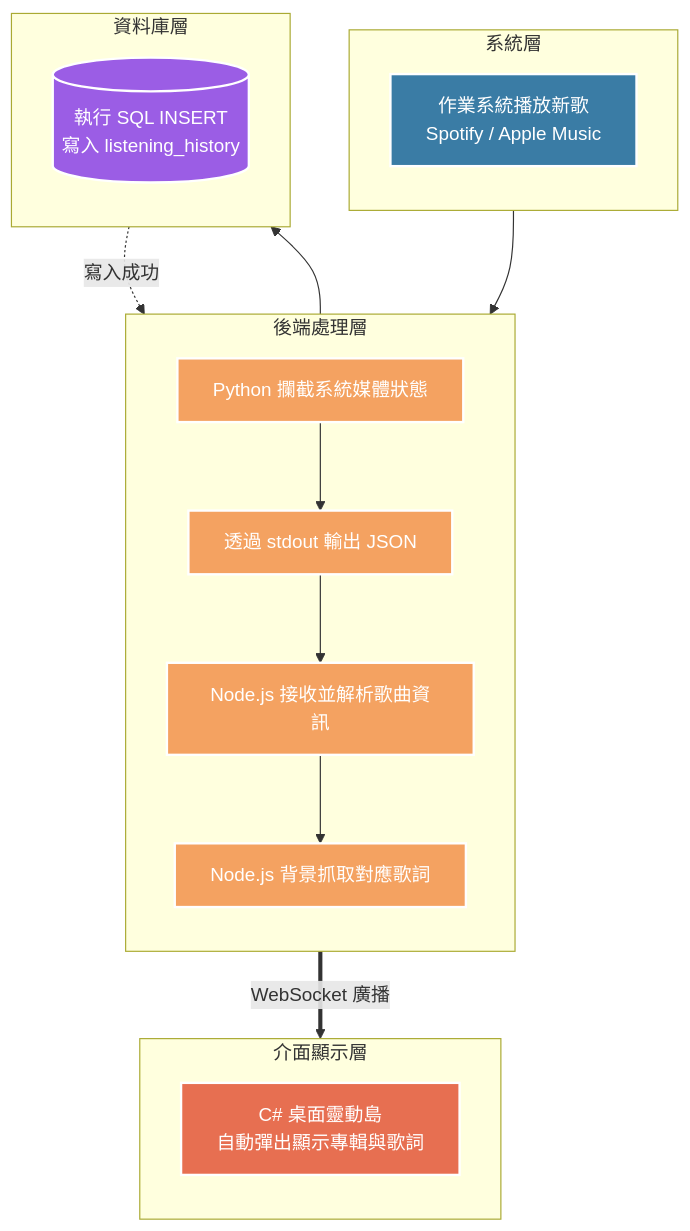
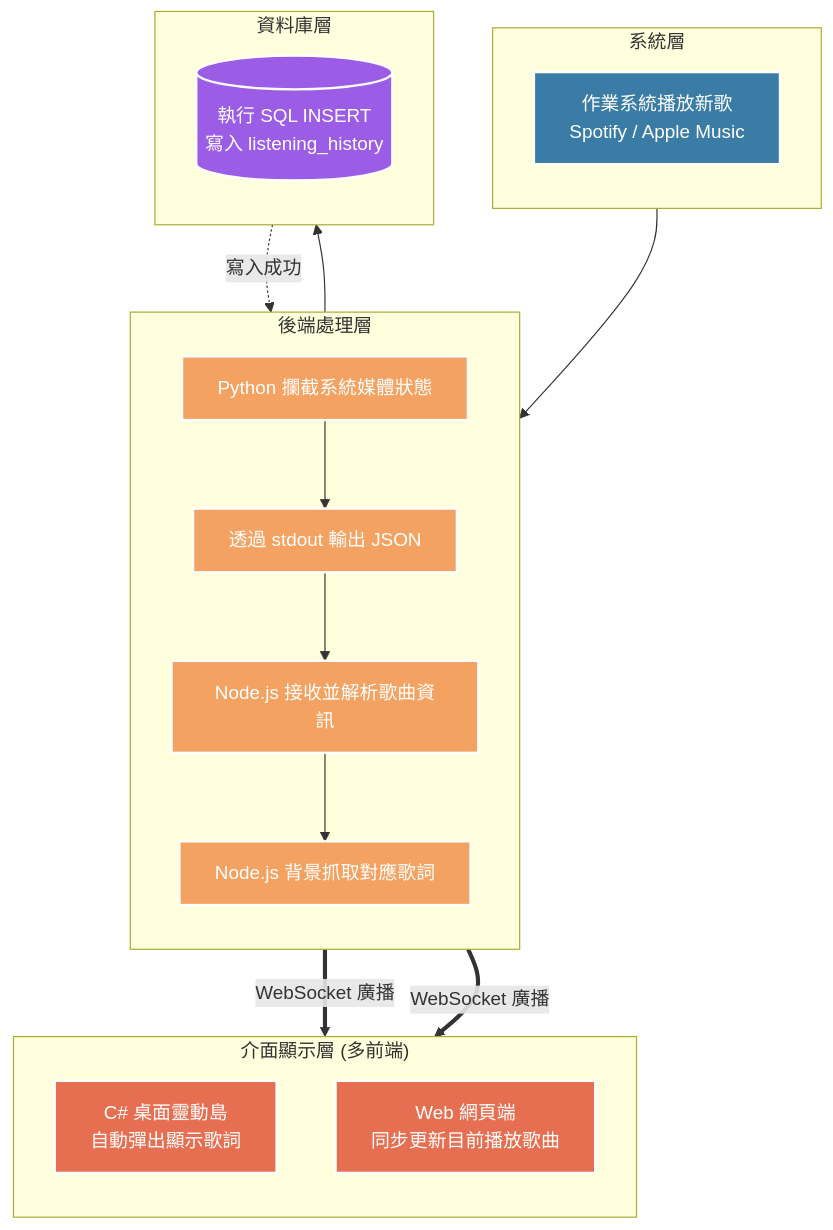
Before and after one commit to bensionfang/Kanaric: the second of 5 diagrams in README.md, drawn with Mermaid. The commit also changed other lines of this file, not shown here.

Commit message:
docs: update flowchart 1 to show multi-frontend broadcast

````diff
--- a/README.md
+++ b/README.md
@@ -61,38 +61,40 @@
 ```mermaid
 flowchart TD
     classDef frontend fill:#3a7ca5,stroke:#fff,stroke-width:2px,color:#fff
     classDef backend fill:#f4a261,stroke:#fff,stroke-width:2px,color:#fff
     classDef database fill:#9b5de5,stroke:#fff,stroke-width:2px,color:#fff
     classDef display fill:#e76f51,stroke:#fff,stroke-width:2px,color:#fff
 
     subgraph OS ["系統層"]
         direction TB
         Start["作業系統播放新歌<br>Spotify / Apple Music"]:::frontend
     end
 
     subgraph Backend ["後端處理層"]
         direction TB
         Py["Python 攔截系統媒體狀態"]:::backend
         PyJSON["透過 stdout 輸出 JSON"]:::backend
         Node["Node.js 接收並解析歌曲資訊"]:::backend
         Fetch["Node.js 背景抓取對應歌詞"]:::backend
     end
 
     subgraph DB ["資料庫層"]
         direction TB
         InsertSQL[("執行 SQL INSERT<br>寫入 listening_history")]:::database
     end
 
-    subgraph UI ["介面顯示層"]
+    subgraph UI ["介面顯示層 (多前端)"]
         direction TB
-        Island["C# 桌面靈動島<br>自動彈出顯示專輯與歌詞"]:::display
+        Island["C# 桌面靈動島<br>自動彈出顯示歌詞"]:::display
+        WebApp["Web 網頁端<br>同步更新目前播放歌曲"]:::display
     end
 
     Start --> Py
     Py --> PyJSON
     PyJSON --> Node
     Node --> Fetch
     Fetch --> InsertSQL
     InsertSQL -. "寫入成功" .-> Node
     Node == "WebSocket 廣播" ==> Island
+    Node == "WebSocket 廣播" ==> WebApp
 ```
````
